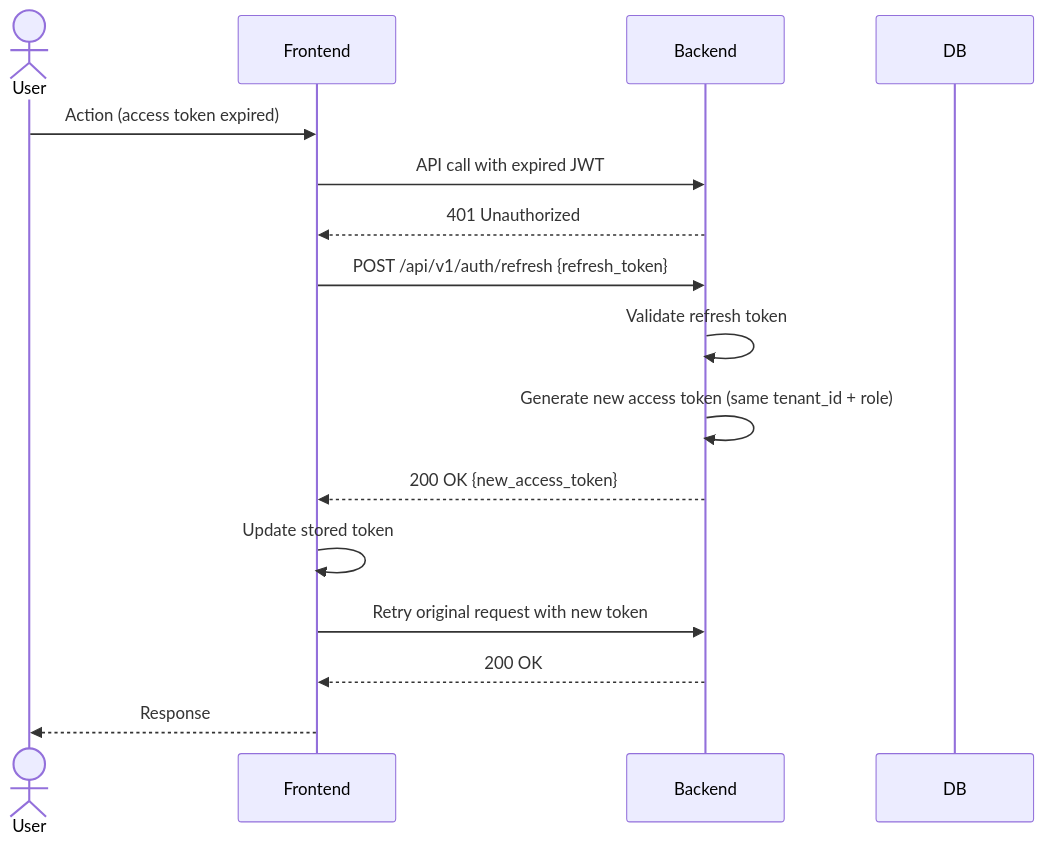
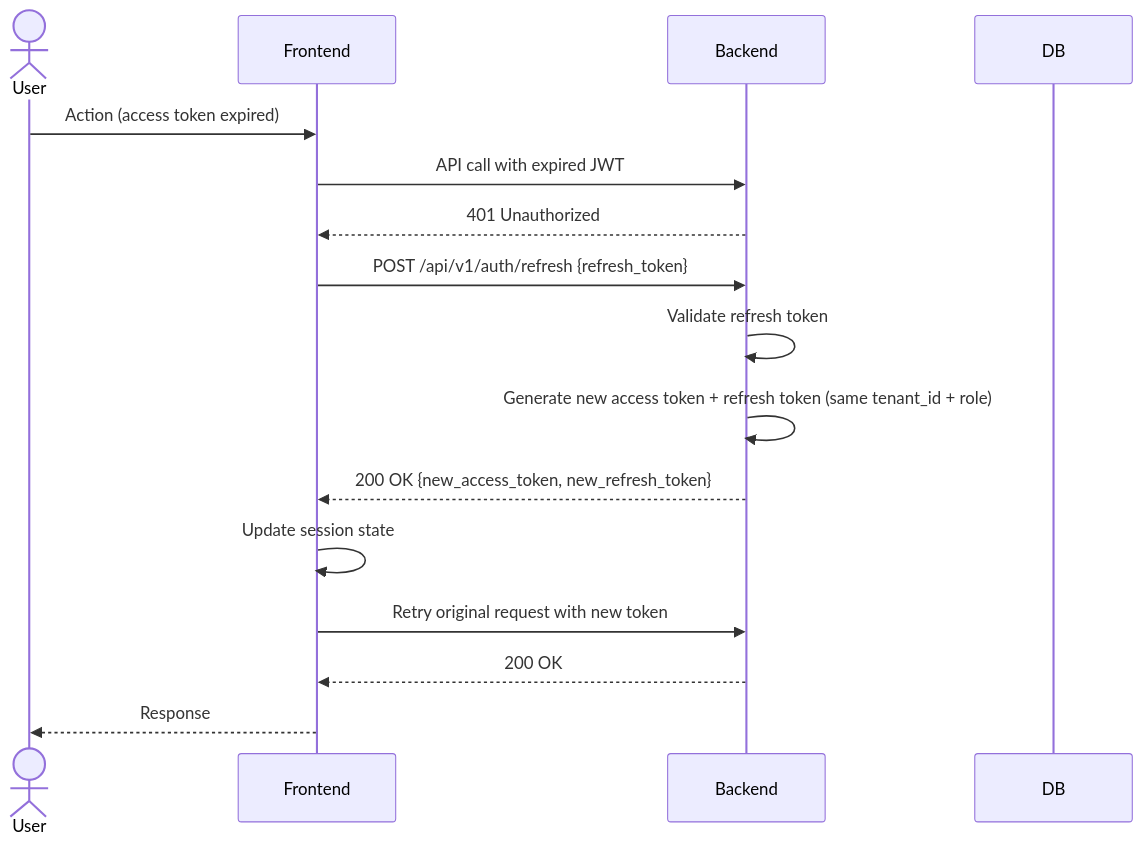
Before and after one commit to Acauhi99/med-vault: the second of 4 diagrams in docs/diagrams/authentication-flow.md, drawn with Mermaid. The commit also changed other lines of this file and 4 other files, not shown here.

````diff
--- a/docs/diagrams/authentication-flow.md
+++ b/docs/diagrams/authentication-flow.md
@@ -59,19 +59,19 @@
 ```mermaid
 sequenceDiagram
     actor User
     participant Frontend
     participant Backend
     participant DB
 
     User->>Frontend: Action (access token expired)
     Frontend->>Backend: API call with expired JWT
     Backend-->>Frontend: 401 Unauthorized
     Frontend->>Backend: POST /api/v1/auth/refresh {refresh_token}
     Backend->>Backend: Validate refresh token
-    Backend->>Backend: Generate new access token (same tenant_id + role)
-    Backend-->>Frontend: 200 OK {new_access_token}
-    Frontend->>Frontend: Update stored token
+    Backend->>Backend: Generate new access token + refresh token (same tenant_id + role)
+    Backend-->>Frontend: 200 OK {new_access_token, new_refresh_token}
+    Frontend->>Frontend: Update session state
     Frontend->>Backend: Retry original request with new token
     Backend-->>Frontend: 200 OK
     Frontend-->>User: Response
 ```
````
